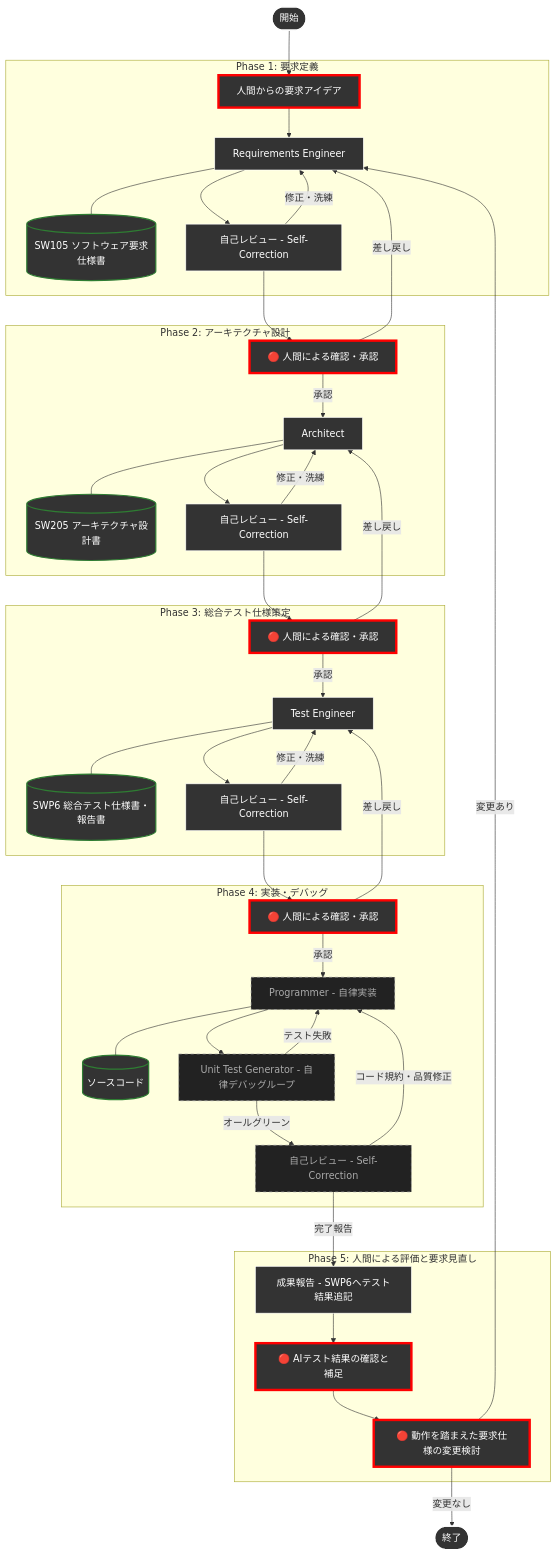
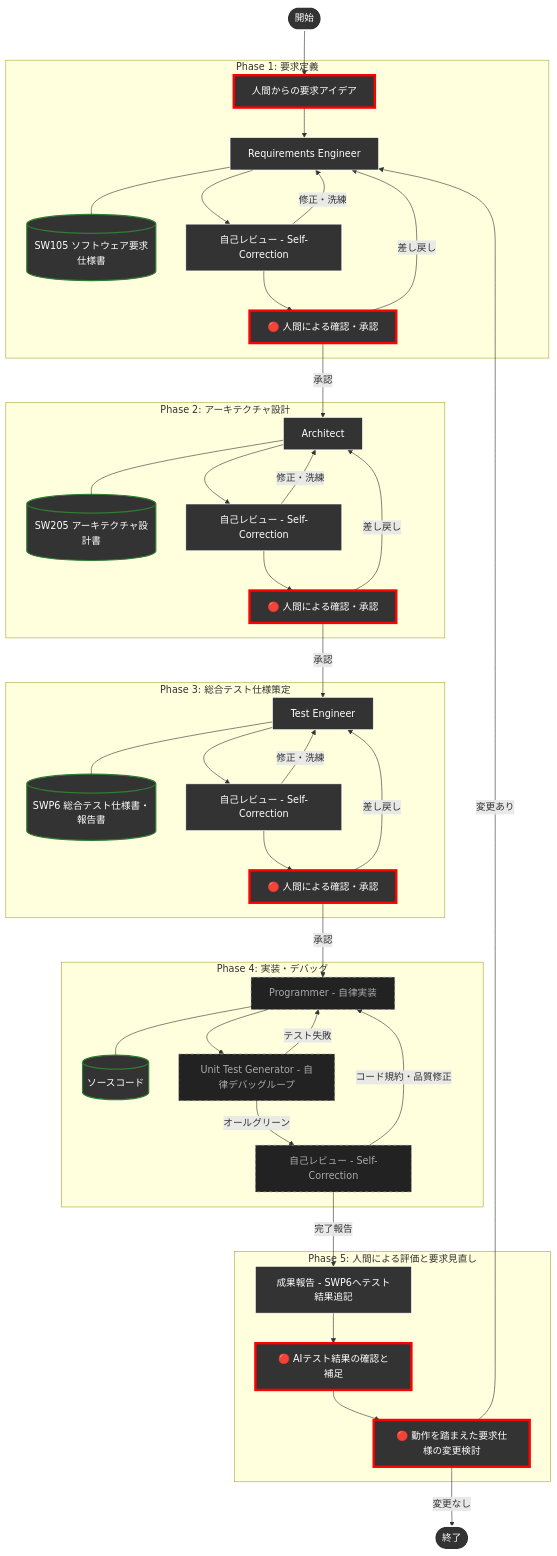
One commit to yamaPiT/AntigravityTemplate changed the diagram in README.md. Above: the diagram before and after it, drawn with Mermaid.

Commit message:
docs: update project documentation in README.md

````diff
--- a/README.md
+++ b/README.md
@@ -100,61 +100,61 @@
 ```mermaid
 graph TD
     Start(["開始"]) --> UserReq["人間からの要求アイデア"]
 
     subgraph P1 ["Phase 1: 要求定義"]
         UserReq --> Req["Requirements Engineer"]
         Req --- ReqDoc[("SW105 ソフトウェア要求仕様書")]
         Req --> ReqRev["自己レビュー - Self-Correction"]
         ReqRev -- 修正・洗練 --> Req
+        ReqRev --> ReqHum["🔴 人間による確認・承認"]
+        ReqHum -- 差し戻し --> Req
     end
-    ReqRev --> ReqHum["🔴 人間による確認・承認"]
-    ReqHum -- 差し戻し --> Req
 
     subgraph P2 ["Phase 2: アーキテクチャ設計"]
         ReqHum -- 承認 --> Arch["Architect"]
         Arch --- ArchDoc[("SW205 アーキテクチャ設計書")]
         Arch --> ArchRev["自己レビュー - Self-Correction"]
         ArchRev -- 修正・洗練 --> Arch
+        ArchRev --> ArchHum["🔴 人間による確認・承認"]
+        ArchHum -- 差し戻し --> Arch
     end
-    ArchRev --> ArchHum["🔴 人間による確認・承認"]
-    ArchHum -- 差し戻し --> Arch
 
     subgraph P3 ["Phase 3: 総合テスト仕様策定"]
         ArchHum -- 承認 --> TestPlan["Test Engineer"]
         TestPlan --- TestDoc[("SWP6 総合テスト仕様書・報告書")]
         TestPlan --> TestRev["自己レビュー - Self-Correction"]
         TestRev -- 修正・洗練 --> TestPlan
+        TestRev --> TestHum["🔴 人間による確認・承認"]
+        TestHum -- 差し戻し --> TestPlan
     end
-    TestRev --> TestHum["🔴 人間による確認・承認"]
-    TestHum -- 差し戻し --> TestPlan
 
     subgraph P4 ["Phase 4: 実装・デバッグ"]
         TestHum -- 承認 --> Impl["Programmer - 自律実装"]
         Impl --- ProgDoc[("ソースコード")]
         Impl --> ImplLoop["Unit Test Generator - 自律デバッグループ"]
         ImplLoop -- テスト失敗 --> Impl
         ImplLoop -- オールグリーン --> CodeRev["自己レビュー - Self-Correction"]
         CodeRev -- コード規約・品質修正 --> Impl
     end
 
     subgraph P5 ["Phase 5: 人間による評価と要求見直し"]
         CodeRev -- 完了報告 --> Report["成果報告 - SWP6へテスト結果追記"]
         Report --> Eval1["🔴 AIテスト結果の確認と補足"]
         Eval1 --> Eval2["🔴 動作を踏まえた要求仕様の変更検討"]
     end
     Eval2 -- 変更あり --> Req
     Eval2 -- 変更なし --> End(["終了"])
 
     %% スタイル定義
     classDef human fill:#333333,stroke:#ff0000,stroke-width:4px,color:#ffffff;
     classDef agent fill:#333333,stroke:#FFFFFF,stroke-width:1px,color:#ffffff;
     classDef doc fill:#333333,stroke:#2e7d32,stroke-width:2px,color:#ffffff;
     classDef hiddenAgent fill:#222222,stroke:#aaaaaa,stroke-width:1px,stroke-dasharray: 5 5,color:#aaaaaa;
     classDef startEnd fill:#333333,stroke:#ffffff,stroke-width:2px,color:#ffffff;
 
     class UserReq,ReqHum,ArchHum,TestHum,Eval1,Eval2 human;
     class Req,ReqRev,Arch,ArchRev,TestPlan,TestRev,Report agent;
     class Impl,ImplLoop,CodeRev hiddenAgent;
     class ReqDoc,ArchDoc,ProgDoc,TestDoc doc;
     class Start,End startEnd;
 ```
````
